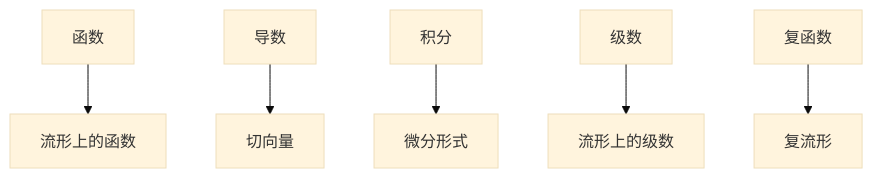
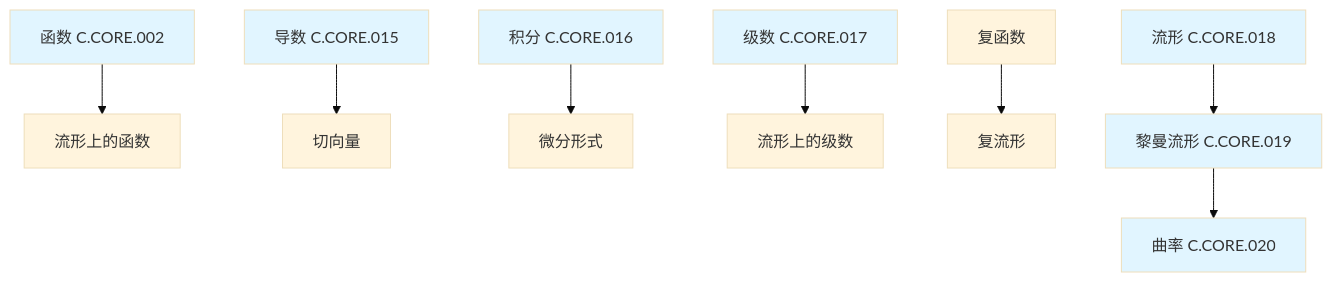
Diagram 21 of 22 in concept/05-知识关联网络/01-概念级关联网络.md (AdaMartin18010/FormalMath), drawn with Mermaid (base theme) before and after one commit. The commit also changed other lines of this file and 45 other files, not shown here.

````diff
--- a/concept/05-知识关联网络/01-概念级关联网络.md
+++ b/concept/05-知识关联网络/01-概念级关联网络.md
@@ -503,8 +710,18 @@
 ```mermaid
 graph TD
-    A[函数] --> B[流形上的函数]
-    C[导数] --> D[切向量]
-    E[积分] --> F[微分形式]
-    G[级数] --> H[流形上的级数]
+    A[函数 C.CORE.002] --> B[流形上的函数]
+    C[导数 C.CORE.015] --> D[切向量]
+    E[积分 C.CORE.016] --> F[微分形式]
+    G[级数 C.CORE.017] --> H[流形上的级数]
     I[复函数] --> J[复流形]
+    K[流形 C.CORE.018] --> L[黎曼流形 C.CORE.019]
+    L --> M[曲率 C.CORE.020]
+
+    style A fill:#e1f5ff
+    style C fill:#e1f5ff
+    style E fill:#e1f5ff
+    style G fill:#e1f5ff
+    style K fill:#e1f5ff
+    style L fill:#e1f5ff
+    style M fill:#e1f5ff
 ```
````
